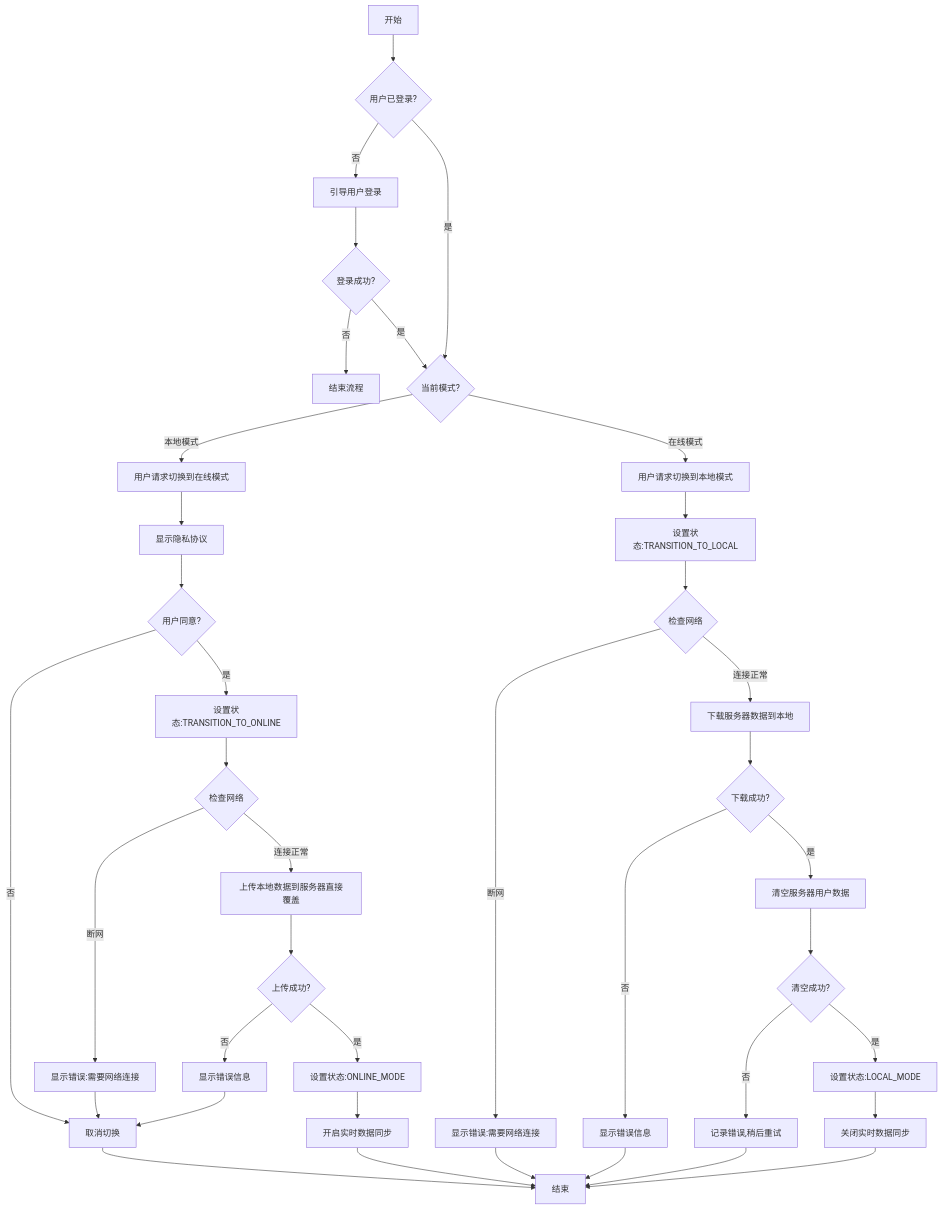
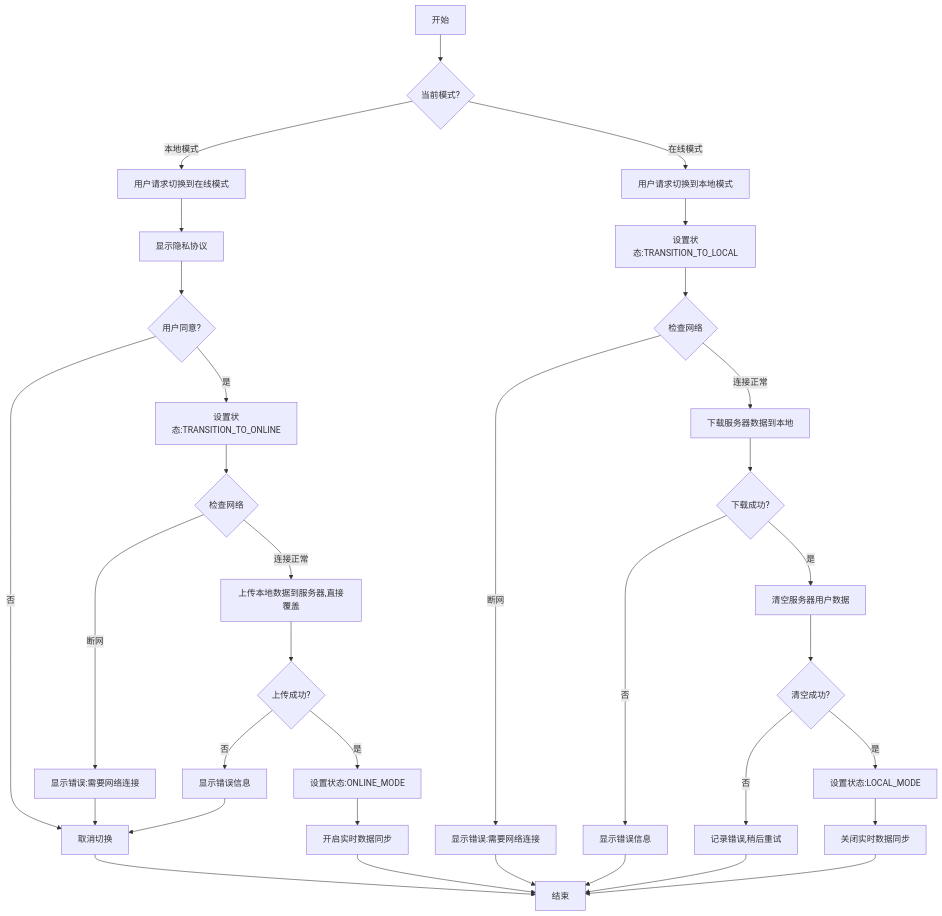
The diagram in all/未命名-48.md (yingjianzh/iodraw-files), drawn with Mermaid before and after one commit.

Commit message:
2025-05-07 16:56:52 update

````diff
--- a/all/未命名-48.md
+++ b/all/未命名-48.md
@@ -1,43 +1,38 @@
 ```mermaid
 flowchart TD
-    A[开始] --> AA{用户已登录?}
-    AA -->|否| AB[引导用户登录]
-    AB --> AC{登录成功?}
-    AC -->|否| AD[结束流程]
-    AC -->|是| B
-    AA -->|是| B
+    A[开始] --> B
     
     B{当前模式?} -->|本地模式| C[用户请求切换到在线模式]
     C --> F[显示隐私协议]
     F --> G{用户同意?}
     G -->|否| H[取消切换]
     H --> Z[结束]
     G -->|是| I[设置状态:TRANSITION_TO_ONLINE]
     I --> J{检查网络}
     J -->|断网| K[显示错误:需要网络连接]
     K --> H
-    J -->|连接正常| O[上传本地数据到服务器直接覆盖]
+    J -->|连接正常| O[上传本地数据到服务器,直接覆盖]
     O --> P{上传成功?}
     P -->|否| Q[显示错误信息]
     Q --> H
     P -->|是| R[设置状态:ONLINE_MODE]
     R --> S[开启实时数据同步]
     S --> Z
     
     B -->|在线模式| T[用户请求切换到本地模式]
     T --> U[设置状态:TRANSITION_TO_LOCAL]
     U --> V{检查网络}
     V -->|断网| W[显示错误:需要网络连接]
     W --> Z
     V -->|连接正常| X[下载服务器数据到本地]
     X --> Y{下载成功?}
     Y -->|否| AA2[显示错误信息]
     AA2 --> Z
     Y -->|是| AB2[清空服务器用户数据]
     AB2 --> AC2{清空成功?}
     AC2 -->|否| AD2[记录错误,稍后重试]
     AD2 --> Z
     AC2 -->|是| AE[设置状态:LOCAL_MODE]
     AE --> AF[关闭实时数据同步]
     AF --> Z
 ```
````
